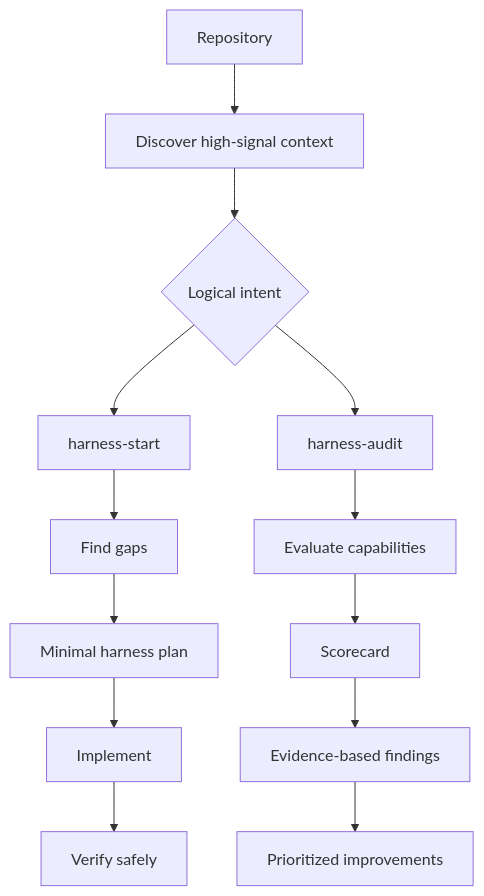
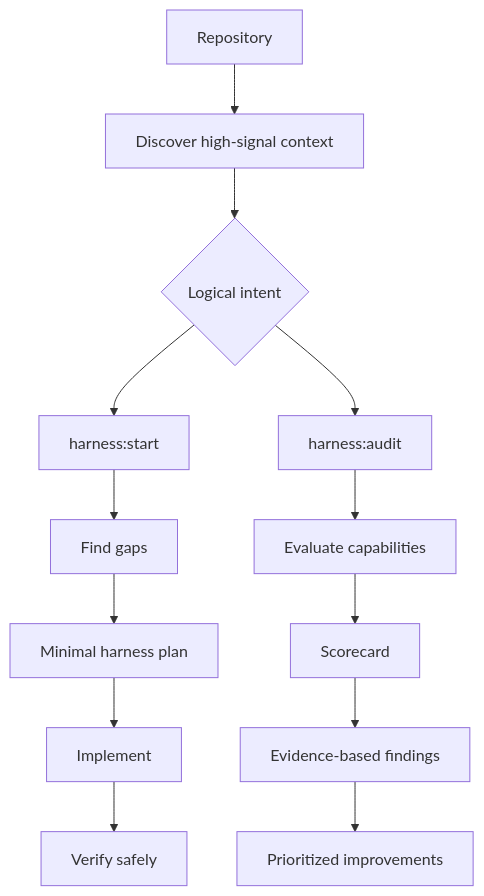
One commit to amnotwallas/repo-harness changed the second of 2 diagrams in README.md. Above: the diagram before and after it, drawn with Mermaid. The commit also changed other lines of this file and 23 other files, not shown here.

````diff
--- a/README.md
+++ b/README.md
@@ -46,17 +46,17 @@
 ```mermaid
 flowchart TD
     repository["Repository"] --> discover["Discover high-signal context"]
     discover --> intent{"Logical intent"}
 
-    intent --> start["harness-start"]
+    intent --> start["harness:start"]
     start --> startGaps["Find gaps"]
     startGaps --> startPlan["Minimal harness plan"]
     startPlan --> startImplement["Implement"]
     startImplement --> startVerify["Verify safely"]
 
-    intent --> audit["harness-audit"]
+    intent --> audit["harness:audit"]
     audit --> auditEvaluate["Evaluate capabilities"]
     auditEvaluate --> auditScore["Scorecard"]
     auditScore --> auditFindings["Evidence-based findings"]
     auditFindings --> auditImprove["Prioritized improvements"]
 ```
````
